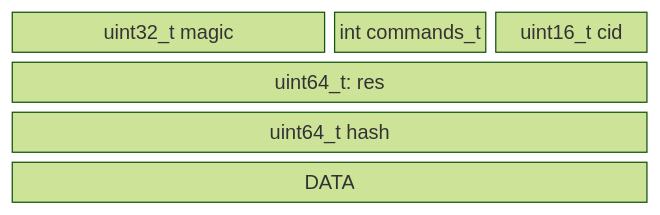
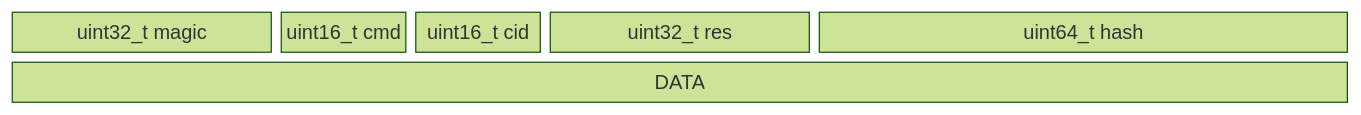
The third of 3 diagrams in Protocol.md (rawstor/rawstor_docs), drawn with Mermaid (forest theme) before and after one commit. The commit also changed other lines of this file, not shown here.

Commit message:
add: cid in all requests

````diff
--- a/Protocol.md
+++ b/Protocol.md
@@ -45,6 +47,6 @@
 ```mermaid
 block-beta
-  columns 4
-  0["uint32_t magic"]:2 a["int commands_t"]:1 aa["uint16_t cid"]:1 c["uint64_t: res"]:4 d["uint64_t hash"]:4
-  cc["DATA"]:4
+  columns 10
+  0["uint32_t magic"]:2 a["uint16_t cmd"]:1 aa["uint16_t cid"]:1 c["uint32_t res"]:2 d["uint64_t hash"]:4
+  cc["DATA"]:10
 ```
````
